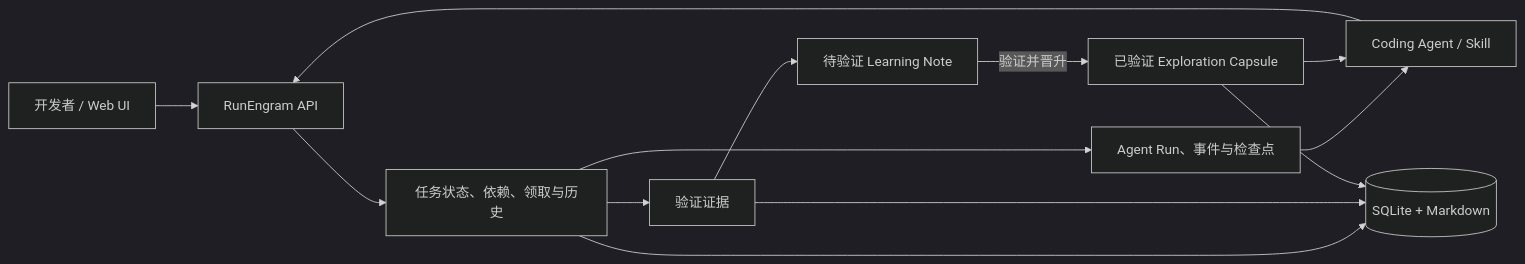
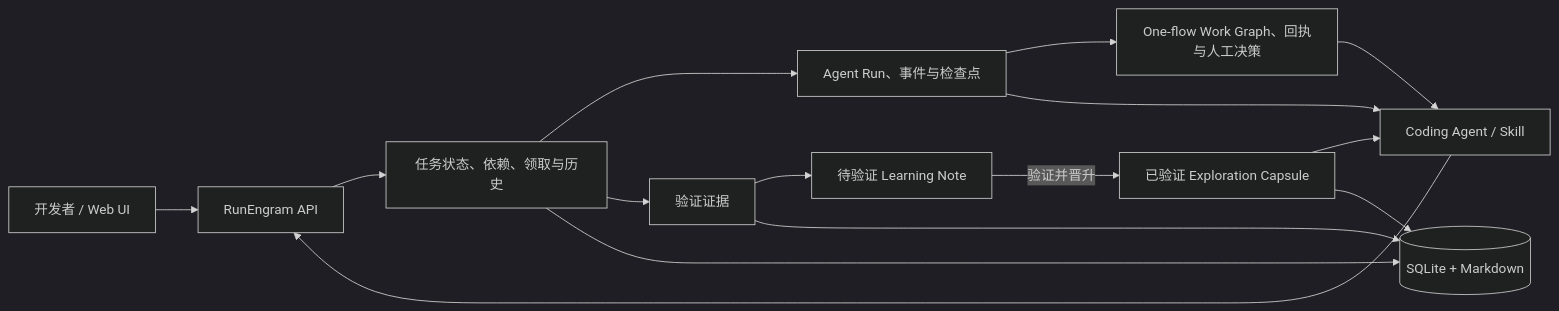
Before and after one commit to MoonTseng/RunEngram: the third of 3 diagrams in README.zh-CN.md, drawn with Mermaid (dark theme). The commit also changed other lines of this file and 37 other files, not shown here.

Commit message:
feat: add adaptive one-flow work graphs

````diff
--- a/README.zh-CN.md
+++ b/README.zh-CN.md
@@ -314,25 +354,28 @@
 ```mermaid
 flowchart LR
     Human["开发者 / Web UI"]
     Agent["Coding Agent / Skill"]
     API["RunEngram API"]
     Task["任务状态、依赖、领取与历史"]
     Run["Agent Run、事件与检查点"]
+    Graph["One-flow Work Graph、回执与人工决策"]
     Evidence["验证证据"]
     Candidate["待验证 Learning Note"]
     Learning["已验证 Exploration Capsule"]
     Store[("SQLite + Markdown")]
 
     Human --> API
     Agent --> API
     API --> Task
     Task --> Run
+    Run --> Graph
+    Graph --> Agent
     Run --> Agent
     Task --> Evidence
     Evidence --> Candidate
     Candidate -->|"验证并晋升"| Learning
     Learning --> Agent
     Task --> Store
     Evidence --> Store
     Learning --> Store
 ```
````
